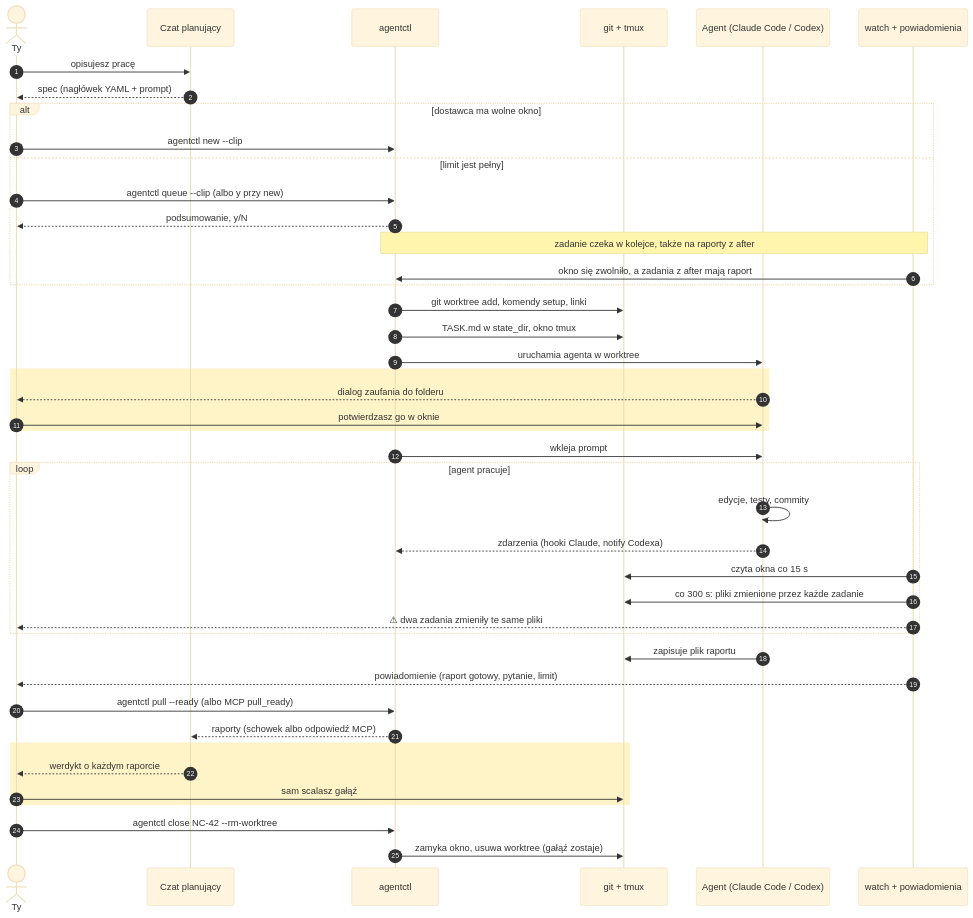
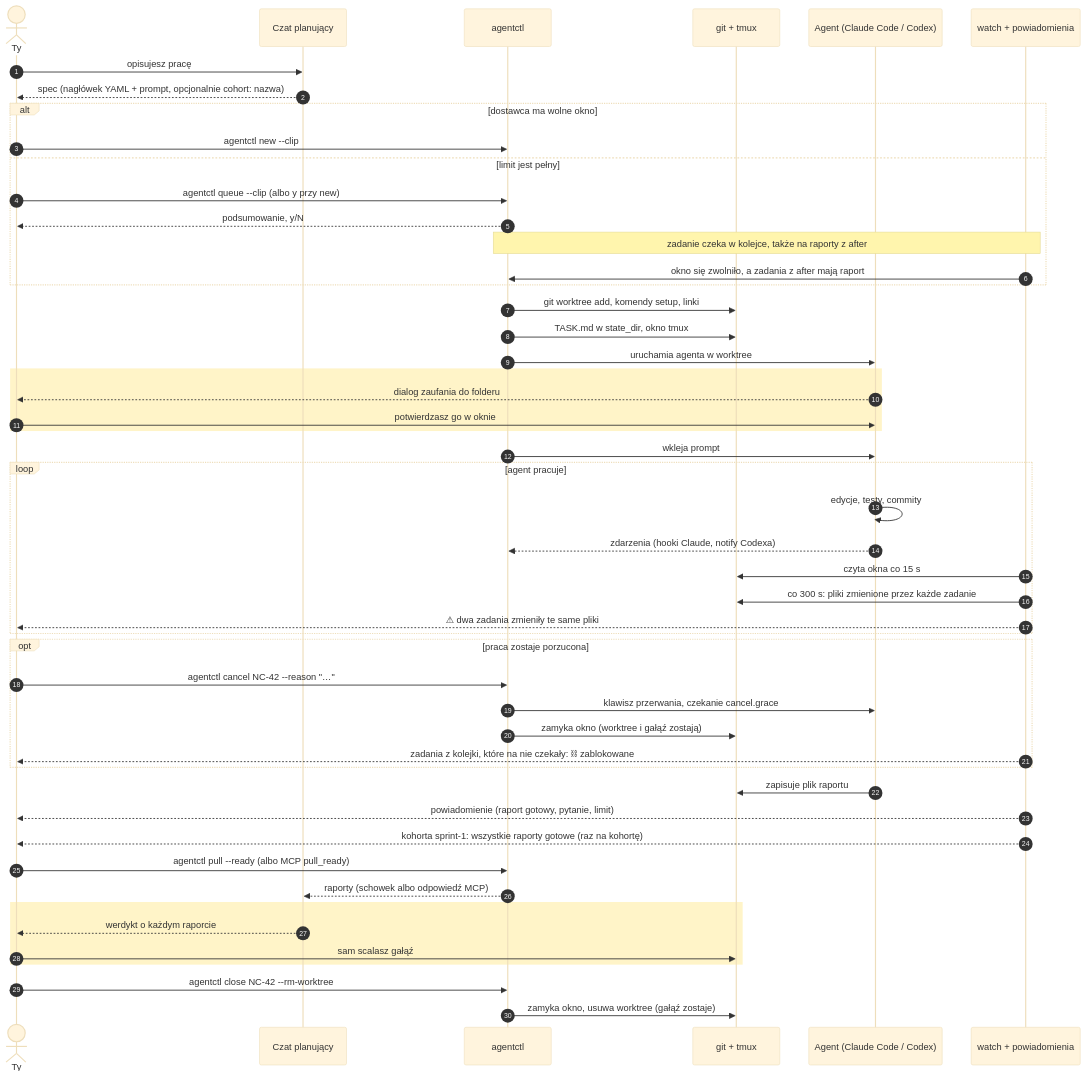
Before and after one commit to Setech-pl/agentctl: the first of 3 diagrams in README.pl.md, drawn with Mermaid (base theme). The commit also changed other lines of this file and 6 other files, not shown here.

Commit message:
Documentation for 0.10.0: Cancelling tasks and Cohorts in both READMEs, details, configuration, MCP update notes, diagrams with cancelled, blocked and cohorts, CHANGELOG, version 0.10.0

````diff
--- a/README.pl.md
+++ b/README.pl.md
@@ -27,46 +28,53 @@
 ```mermaid
 sequenceDiagram
     autonumber
     actor H as Ty
     participant C as Czat planujący
     participant A as agentctl
     participant G as git + tmux
     participant X as Agent (Claude Code / Codex)
     participant W as watch + powiadomienia
 
     H->>C: opisujesz pracę
-    C-->>H: spec (nagłówek YAML + prompt)
+    C-->>H: spec (nagłówek YAML + prompt, opcjonalnie cohort: nazwa)
     alt dostawca ma wolne okno
         H->>A: agentctl new --clip
     else limit jest pełny
         H->>A: agentctl queue --clip (albo y przy new)
         A-->>H: podsumowanie, y/N
         Note over A,W: zadanie czeka w kolejce, także na raporty z after
         W->>A: okno się zwolniło, a zadania z after mają raport
     end
     A->>G: git worktree add, komendy setup, linki
     A->>G: TASK.md w state_dir, okno tmux
     A->>X: uruchamia agenta w worktree
     rect rgb(255, 244, 200)
     X-->>H: dialog zaufania do folderu
     H->>X: potwierdzasz go w oknie
     end
     A->>X: wkleja prompt
     loop agent pracuje
         X->>X: edycje, testy, commity
         X-->>A: zdarzenia (hooki Claude, notify Codexa)
         W->>G: czyta okna co 15 s
         W->>G: co 300 s: pliki zmienione przez każde zadanie
         W-->>H: ⚠ dwa zadania zmieniły te same pliki
     end
+    opt praca zostaje porzucona
+        H->>A: agentctl cancel NC-42 --reason "…"
+        A->>X: klawisz przerwania, czekanie cancel.grace
+        A->>G: zamyka okno (worktree i gałąź zostają)
+        W-->>H: zadania z kolejki, które na nie czekały: ⛓ zablokowane
+    end
     X->>G: zapisuje plik raportu
     W-->>H: powiadomienie (raport gotowy, pytanie, limit)
+    W-->>H: kohorta sprint-1: wszystkie raporty gotowe (raz na kohortę)
     H->>A: agentctl pull --ready (albo MCP pull_ready)
     A-->>C: raporty (schowek albo odpowiedź MCP)
     rect rgb(255, 244, 200)
     C-->>H: werdykt o każdym raporcie
     H->>G: sam scalasz gałąź
     end
     H->>A: agentctl close NC-42 --rm-worktree
     A->>G: zamyka okno, usuwa worktree (gałąź zostaje)
 ```
````
